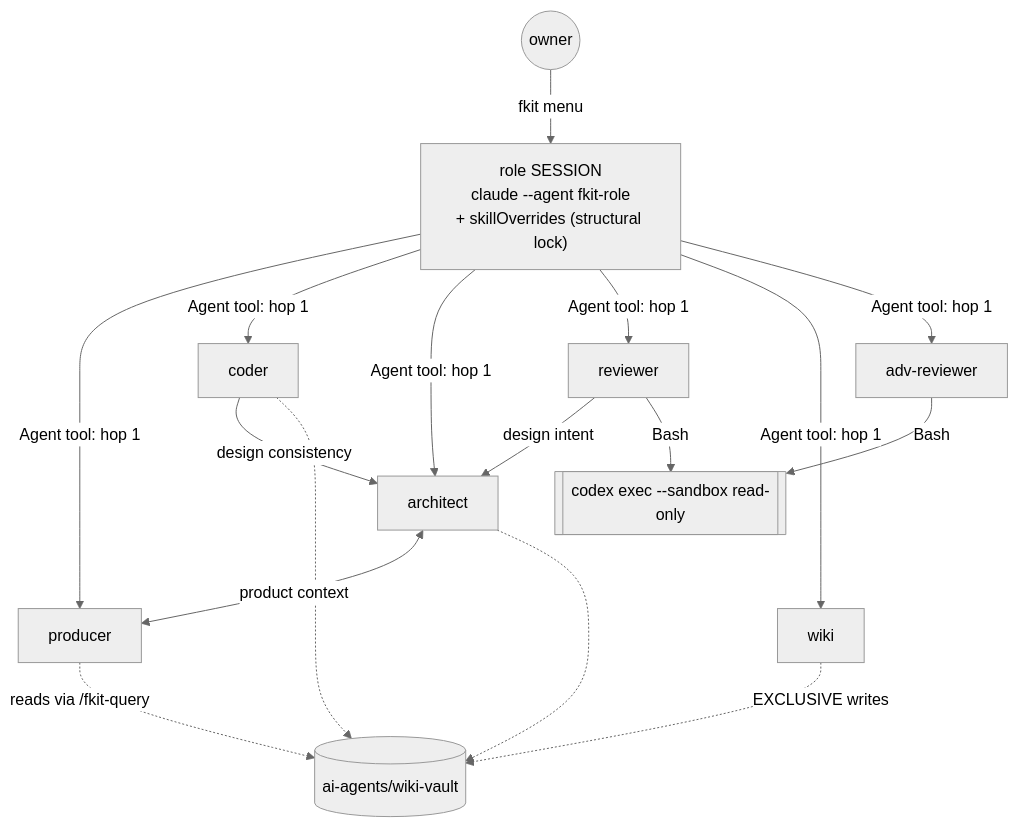
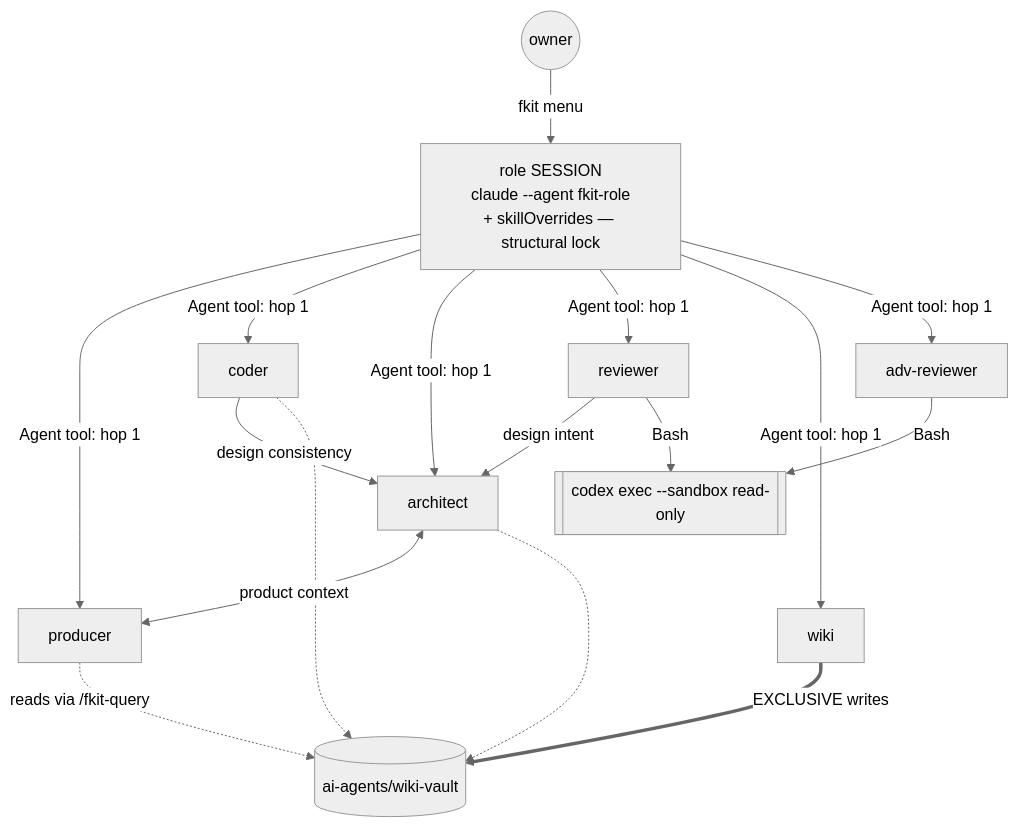
Before and after one commit to flashist/fkit: the diagram in ai-agents/knowledge-base/architecture.md, drawn with Mermaid (neutral theme). The commit also changed other lines of this file and 6 other files, not shown here.

````diff
--- a/ai-agents/knowledge-base/architecture.md
+++ b/ai-agents/knowledge-base/architecture.md
@@ -186,14 +211,14 @@
 ```mermaid
 flowchart TB
-  O((owner)) -->|fkit menu| S["role SESSION<br/>claude --agent fkit-role<br/>+ skillOverrides (structural lock)"]
+  O((owner)) -->|fkit menu| S["role SESSION<br/>claude --agent fkit-role<br/>+ skillOverrides — structural lock"]
   S -->|Agent tool: hop 1| P[producer] & C[coder] & A[architect] & R[reviewer] & W[wiki] & AR[adv-reviewer]
   A <-->|product context| P
   C -->|design consistency| A
   R -->|design intent| A
   R -->|Bash| X[["codex exec --sandbox read-only"]]
   AR -->|Bash| X
-  W -.->|EXCLUSIVE writes| V[(ai-agents/wiki-vault)]
+  W ==>|EXCLUSIVE writes| V[(ai-agents/wiki-vault)]
   P -.->|reads via /fkit-query| V
   C -.-> V
   A -.-> V
 ```
````
